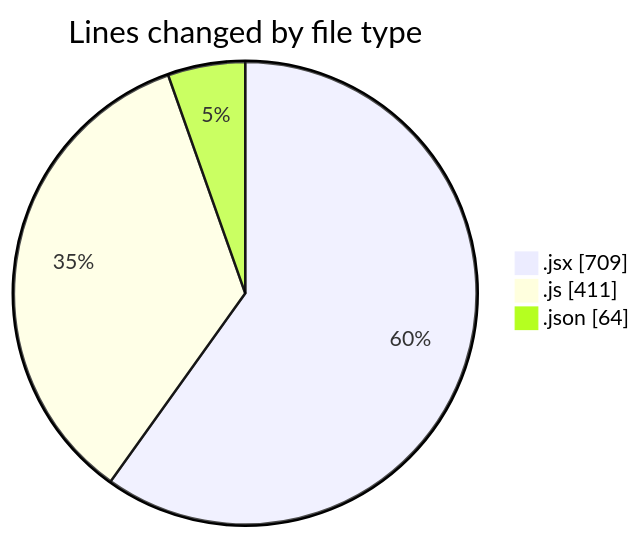
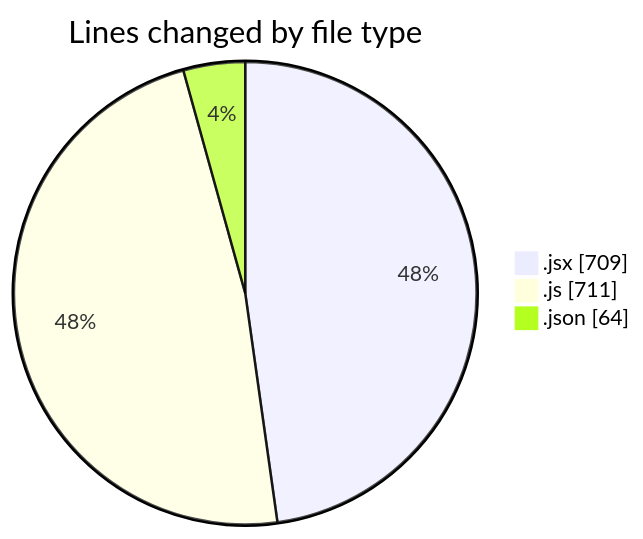
Before and after one commit to nxtqubesakshisongat/code-tracking: the first of 2 diagrams in 2025-11-05/nxtqube_webapp/README.md, drawn with Mermaid. The commit also changed other lines of this file and 1 other file, not shown here.

````diff
--- a/2025-11-05/nxtqube_webapp/README.md
+++ b/2025-11-05/nxtqube_webapp/README.md
@@ -26,7 +27,7 @@
 ```mermaid
 pie showData
 title Lines changed by file type
 ".jsx" : 709
-".js" : 411
+".js" : 711
 ".json" : 64
 ```
````
